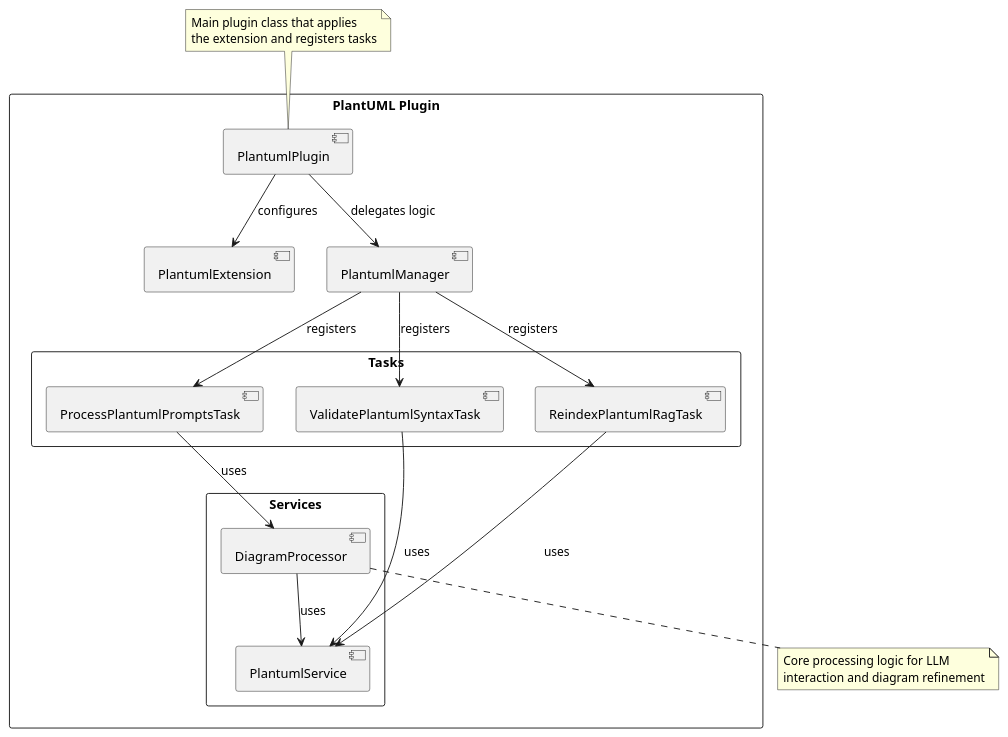
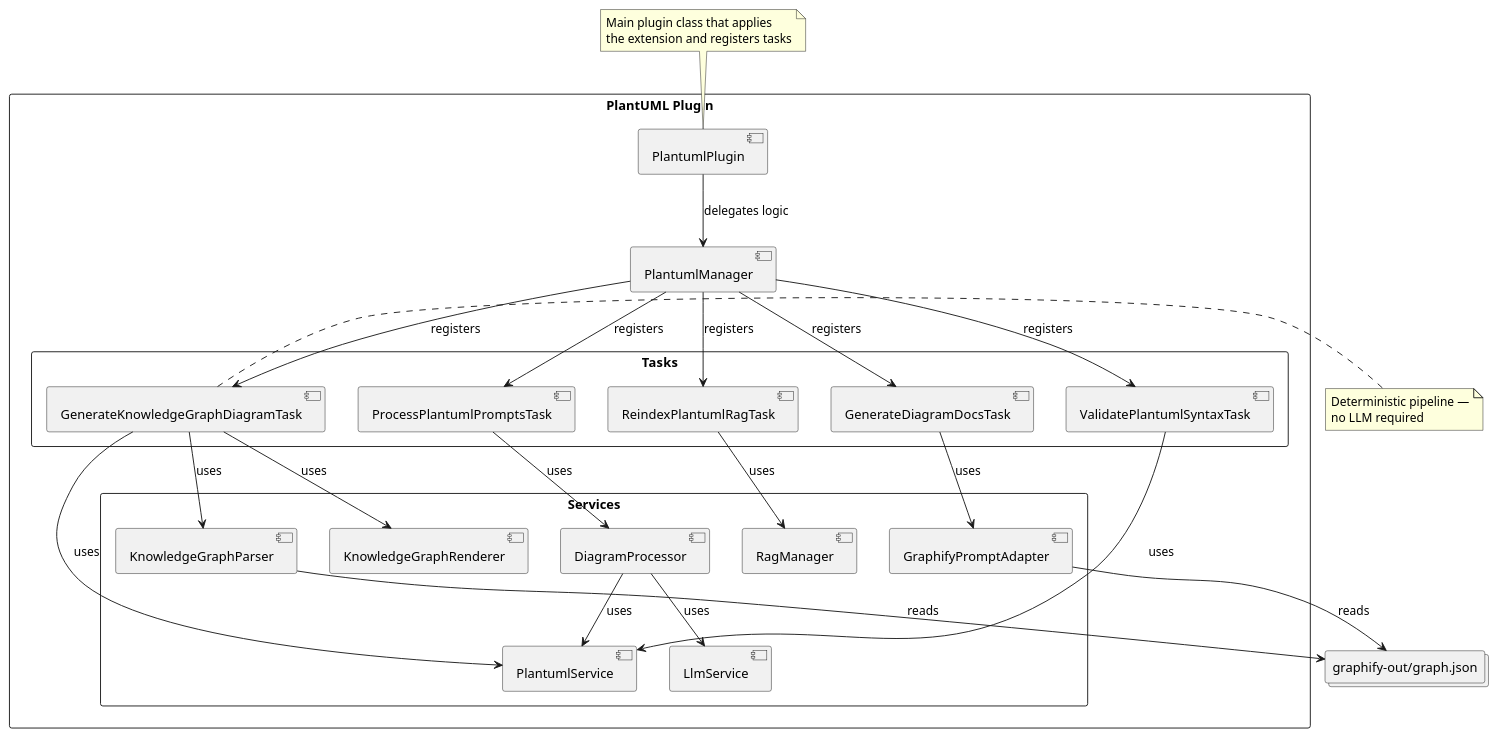
Before and after one commit to cheroliv/plantuml-gradle: the first of 4 diagrams in README_truth.adoc, drawn with PlantUML. The commit also changed other lines of this file and 4 other files, not shown here.

First line of the commit message:
docs: update architecture diagrams with Knowledge Graph components + add discord message

```diff
--- a/README_truth.adoc
+++ b/README_truth.adoc
@@ -71,44 +71,60 @@
 [plantuml, target=internal-architecture, format=svg]
 ----
 @startuml
 skinparam packageStyle rectangle
 
 package "PlantUML Plugin" {
   [PlantumlPlugin] as plugin
-  [PlantumlExtension] as extension
   [PlantumlManager] as manager
 
   package "Tasks" {
     [ProcessPlantumlPromptsTask] as processTask
     [ValidatePlantumlSyntaxTask] as validateTask
     [ReindexPlantumlRagTask] as reindexTask
+    [GenerateKnowledgeGraphDiagramTask] as kgTask
+    [GenerateDiagramDocsTask] as docsTask
   }
 
   package "Services" {
     [PlantumlService] as service
     [DiagramProcessor] as processor
+    [LlmService] as llm
+    [RagManager] as rag
+    [KnowledgeGraphParser] as kgParser
+    [KnowledgeGraphRenderer] as kgRenderer
+    [GraphifyPromptAdapter] as gpa
   }
 
-  plugin --> extension : configures
   plugin --> manager : delegates logic
   manager --> processTask : registers
   manager --> validateTask : registers
   manager --> reindexTask : registers
+  manager --> kgTask : registers
+  manager --> docsTask : registers
   processTask --> processor : uses
+  processor --> llm : uses
+  processor --> service : uses
   validateTask --> service : uses
-  reindexTask --> service : uses
-  processor --> service : uses
+  reindexTask --> rag : uses
+  kgTask --> kgParser : uses
+  kgTask --> kgRenderer : uses
+  kgTask --> service : uses
+  docsTask --> gpa : uses
 }
+
+collections "graphify-out/graph.json" as kgJson
+kgParser --> kgJson : reads
+gpa --> kgJson : reads
 
 note top of plugin
   Main plugin class that applies
   the extension and registers tasks
 end note
 
-note bottom of processor
-  Core processing logic for LLM
-  interaction and diagram refinement
+note right of kgTask
+  Deterministic pipeline —
+  no LLM required
 end note
 
 @enduml
 ----
```
